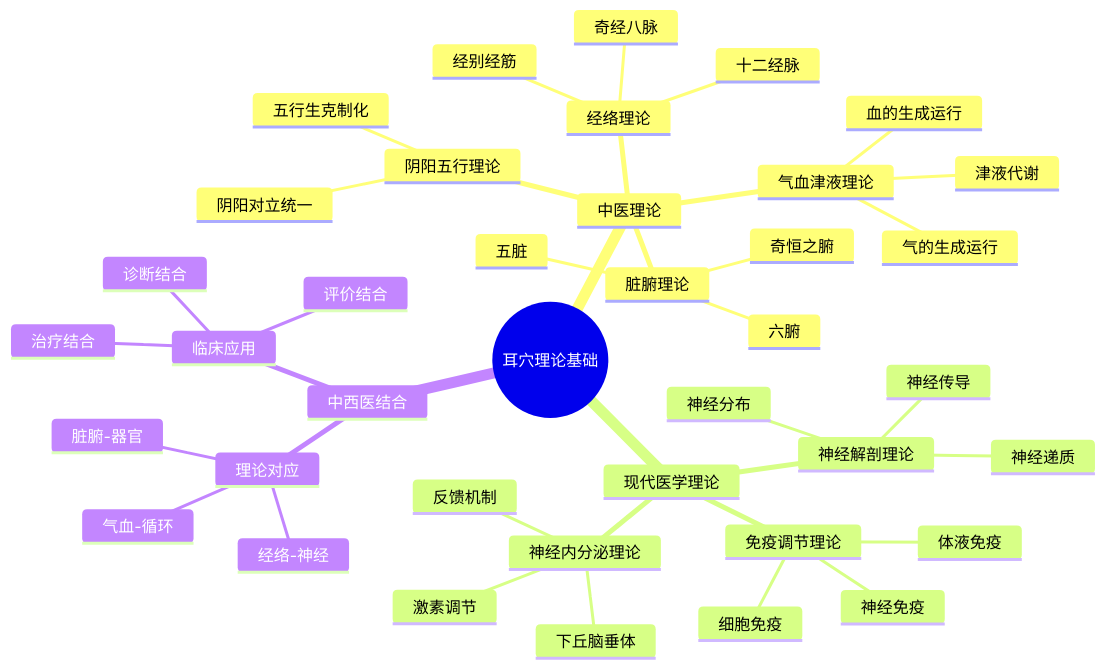
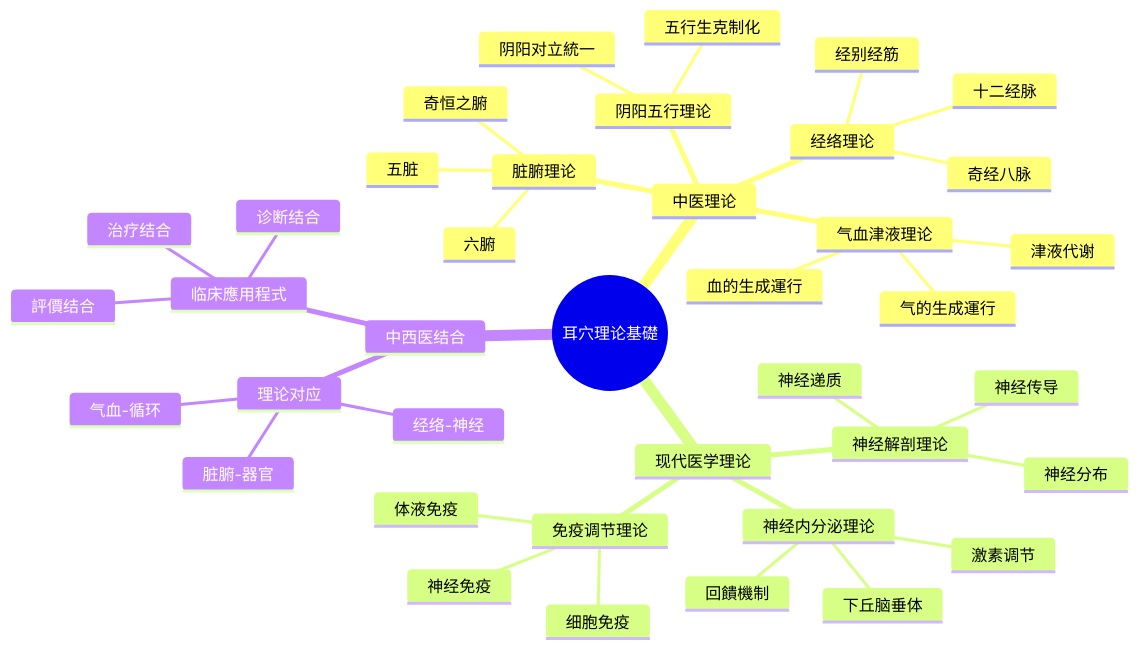
One commit to kmjade/knowledge-value changed the fourth of 4 diagrams in 3 Resources/01-Tech/🏥 专业知识/耳穴知识库/00-MOCs/MOC-基础知识.md. Above: the diagram before and after it, drawn with Mermaid. The commit also changed other lines of this file and 653 other files, not shown here.

````diff
--- a/3 Resources/01-Tech/🏥 专业知识/耳穴知识库/00-MOCs/MOC-基础知识.md
+++ b/3 Resources/01-Tech/🏥 专业知识/耳穴知识库/00-MOCs/MOC-基础知识.md
@@ -150,42 +150,42 @@
 ```mermaid
 mindmap
-  root((耳穴理论基础))
+  root((耳穴理论基礎))
     中医理论
       经络理论
         十二经脉
         奇经八脉
         经别经筋
       脏腑理论
         五脏
         六腑
         奇恒之腑
       气血津液理论
-        气的生成运行
-        血的生成运行
+        气的生成運行
+        血的生成運行
         津液代谢
       阴阳五行理论
-        阴阳对立统一
+        阴阳对立統一
         五行生克制化
     现代医学理论
       神经解剖理论
         神经分布
         神经传导
         神经递质
       神经内分泌理论
         下丘脑垂体
         激素调节
-        反馈机制
+        回饋機制
       免疫调节理论
         细胞免疫
         体液免疫
         神经免疫
     中西医结合
       理论对应
         经络-神经
         脏腑-器官
         气血-循环
-      临床应用
+      临床應用程式
         诊断结合
         治疗结合
-        评价结合
+        評價结合
 ```
````
